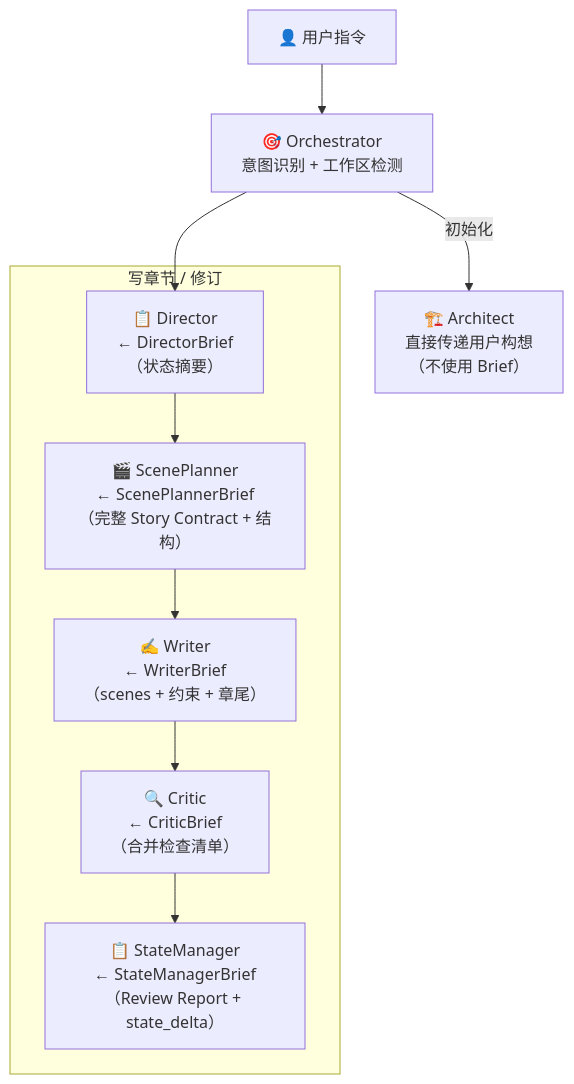
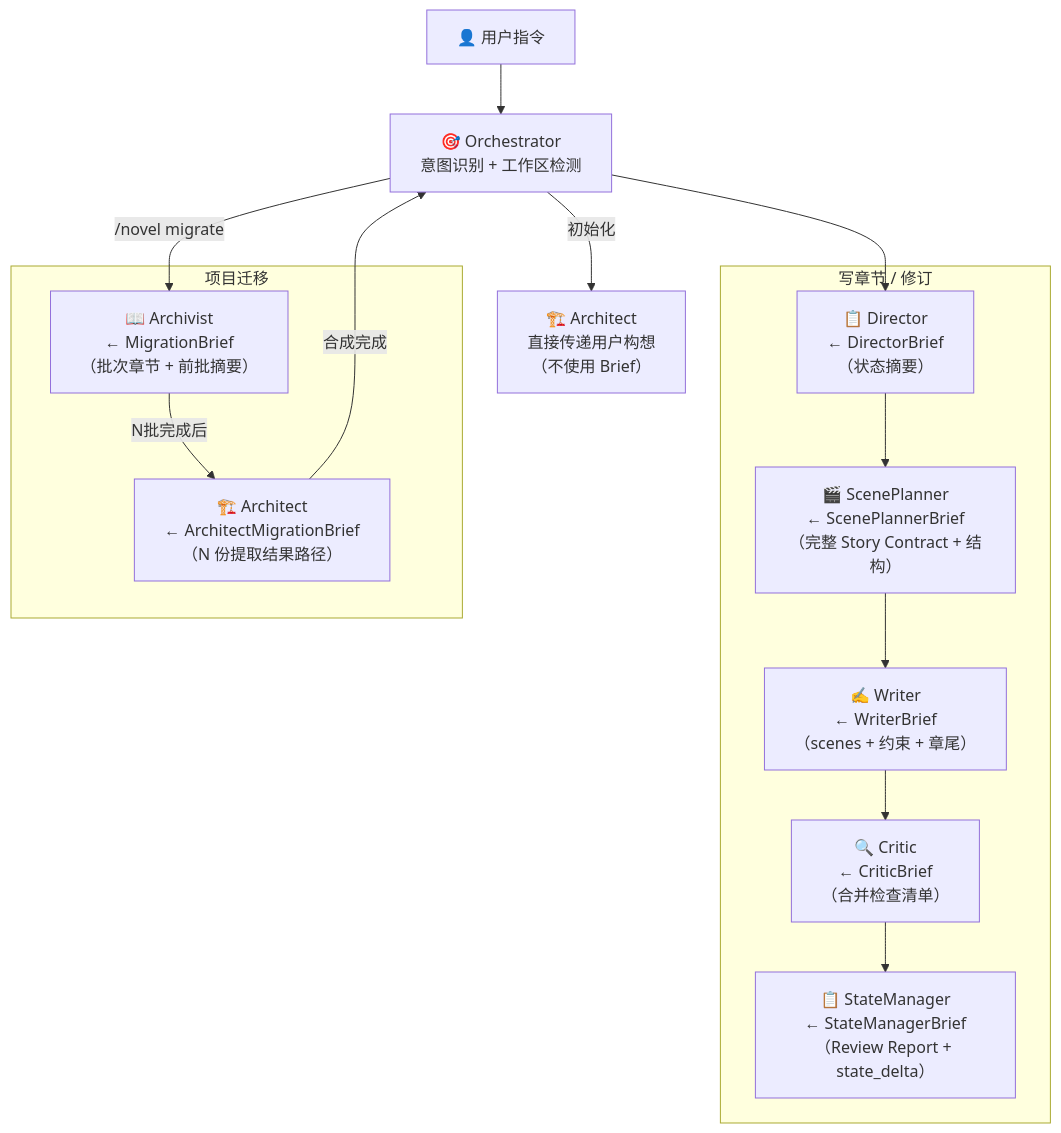
One commit to deathwhispers/novel-studio changed the diagram in runtime/handoff-schema.md. Above: the diagram before and after it, drawn with Mermaid. The commit also changed other lines of this file and 10 other files, not shown here.

````diff
--- a/runtime/handoff-schema.md
+++ b/runtime/handoff-schema.md
@@ -357,23 +430,32 @@
 ```mermaid
 flowchart TD
     User["👤 用户指令"]
     Orchestrator["🎯 Orchestrator<br/>意图识别 + 工作区检测"]
 
     User --> Orchestrator
 
     Orchestrator -->|"初始化"| Architect["🏗️ Architect<br/>直接传递用户构想<br/>（不使用 Brief）"]
 
     subgraph WriteFlow["写章节 / 修订"]
         Director["📋 Director<br/>← DirectorBrief<br/>（状态摘要）"]
         ScenePlanner["🎬 ScenePlanner<br/>← ScenePlannerBrief<br/>（完整 Story Contract + 结构）"]
         Writer["✍️ Writer<br/>← WriterBrief<br/>（scenes + 约束 + 章尾）"]
         Critic["🔍 Critic<br/>← CriticBrief<br/>（合并检查清单）"]
         StateManager["📋 StateManager<br/>← StateManagerBrief<br/>（Review Report + state_delta）"]
     end
 
     Orchestrator --> Director
     Director --> ScenePlanner
     ScenePlanner --> Writer
     Writer --> Critic
     Critic --> StateManager
+
+    subgraph MigrateFlow["项目迁移"]
+        Archivist["📖 Archivist<br/>← MigrationBrief<br/>（批次章节 + 前批摘要）"]
+        ArchMigrate["🏗️ Architect<br/>← ArchitectMigrationBrief<br/>（N 份提取结果路径）"]
+    end
+
+    Orchestrator -->|"/novel migrate"| Archivist
+    Archivist -->|"N批完成后"| ArchMigrate
+    ArchMigrate -->|"合成完成"| Orchestrator
 ```
````
